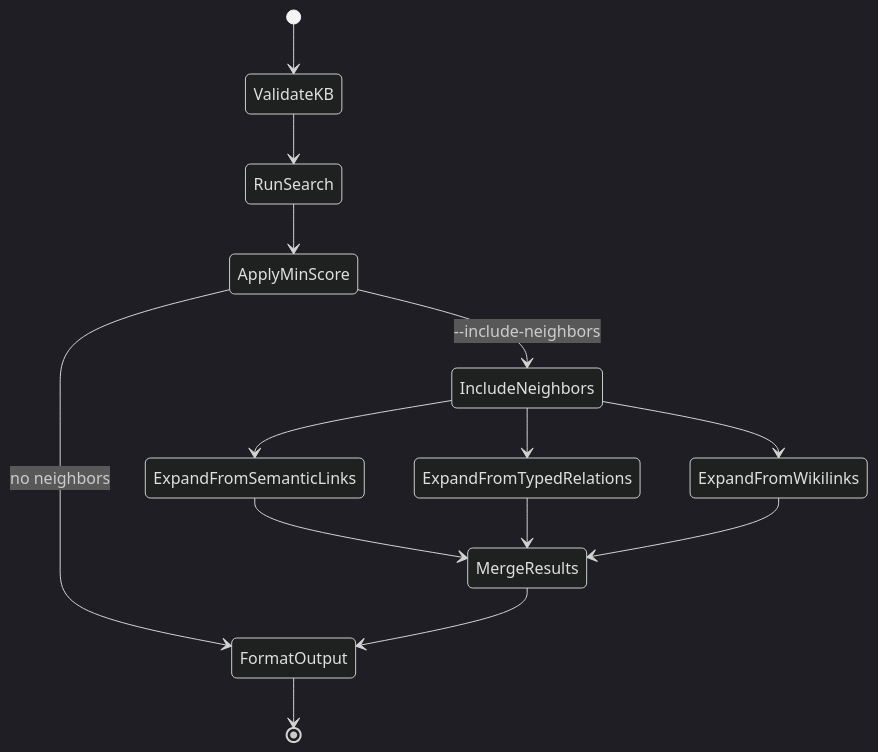
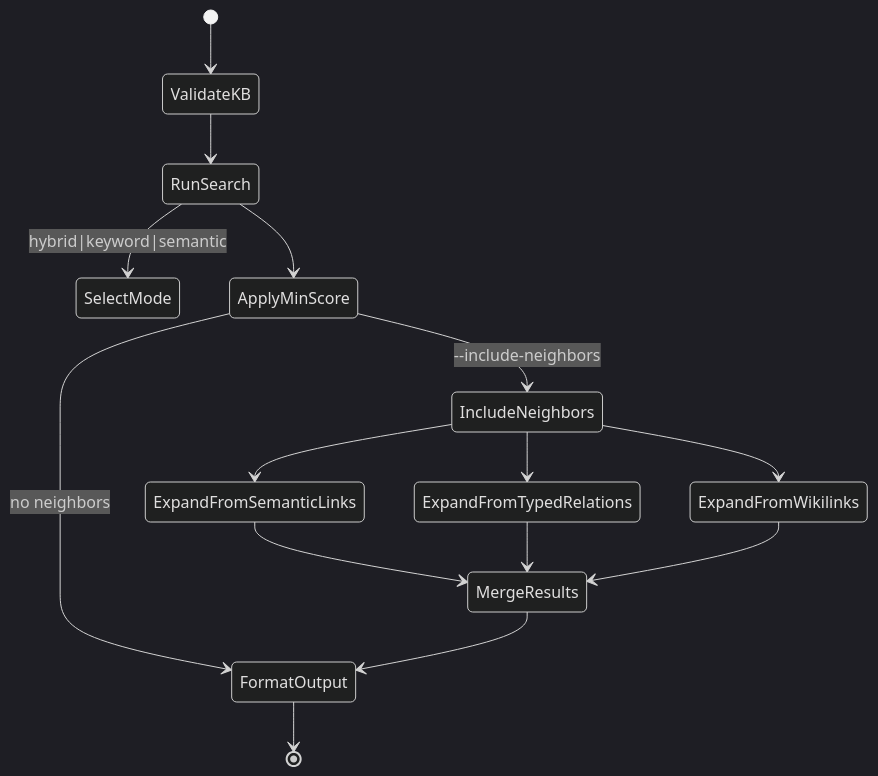
The seventh of 10 diagrams in kb/design/state-diagrams.md (chriskd/memex-kb), drawn with Mermaid (dark theme) before and after one commit. The commit also changed other lines of this file and 27 other files, not shown here.

````diff
--- a/kb/design/state-diagrams.md
+++ b/kb/design/state-diagrams.md
@@ -116,16 +150,17 @@
 ```mermaid
 stateDiagram-v2
     [*] --> ValidateKB
     ValidateKB --> RunSearch
+    RunSearch --> SelectMode: hybrid|keyword|semantic
     RunSearch --> ApplyMinScore
     ApplyMinScore --> IncludeNeighbors: --include-neighbors
     ApplyMinScore --> FormatOutput: no neighbors
     IncludeNeighbors --> ExpandFromSemanticLinks
     IncludeNeighbors --> ExpandFromTypedRelations
     IncludeNeighbors --> ExpandFromWikilinks
     ExpandFromSemanticLinks --> MergeResults
     ExpandFromTypedRelations --> MergeResults
     ExpandFromWikilinks --> MergeResults
     MergeResults --> FormatOutput
     FormatOutput --> [*]
 ```
````
